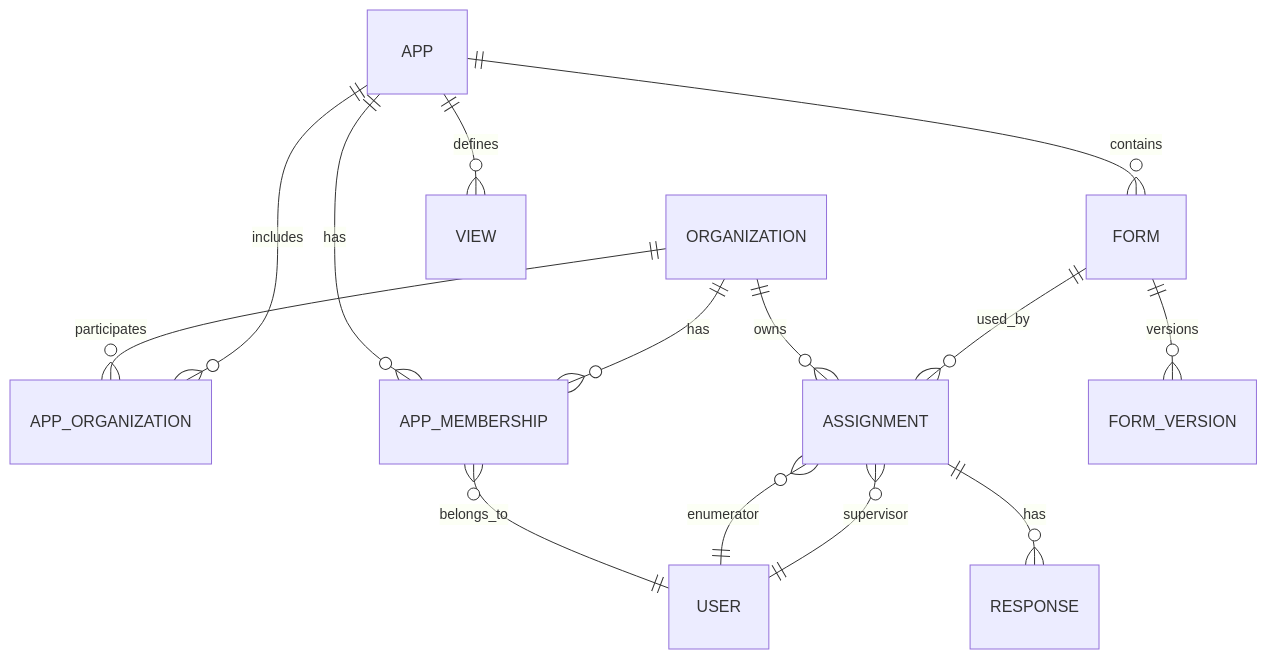
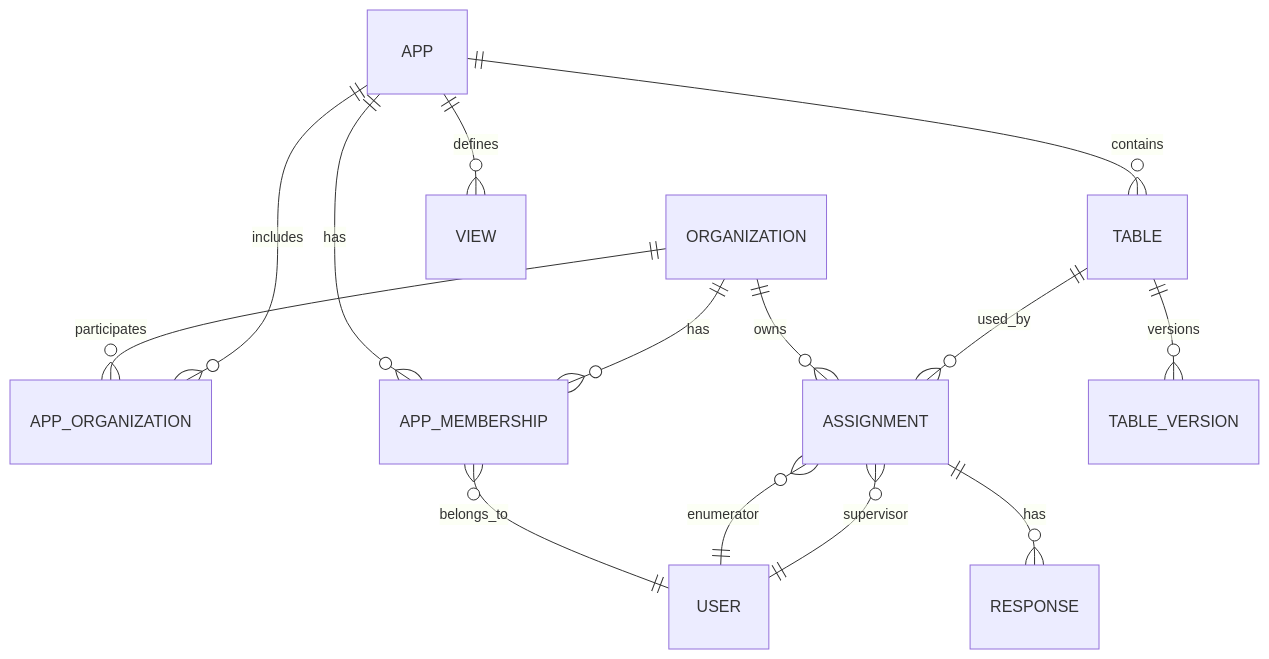
Before and after one commit to ihkaru/cerdas: the second of 6 diagrams in docs/FORM_EDITOR_WORKFLOW.md, drawn with Mermaid. The commit also changed other lines of this file and 264 other files, not shown here.

````diff
--- a/docs/FORM_EDITOR_WORKFLOW.md
+++ b/docs/FORM_EDITOR_WORKFLOW.md
@@ -78,21 +77,21 @@
 ```mermaid
 erDiagram
     ORGANIZATION ||--o{ APP_ORGANIZATION : participates
     APP ||--o{ APP_ORGANIZATION : includes
     
-    APP ||--o{ FORM : contains
+    APP ||--o{ TABLE : contains
     APP ||--o{ VIEW : defines
     APP ||--o{ APP_MEMBERSHIP : has
     
     ORGANIZATION ||--o{ APP_MEMBERSHIP : has
     ORGANIZATION ||--o{ ASSIGNMENT : owns
     
     APP_MEMBERSHIP }o--|| USER : belongs_to
     
-    FORM ||--o{ FORM_VERSION : versions
-    FORM ||--o{ ASSIGNMENT : used_by
+    TABLE ||--o{ TABLE_VERSION : versions
+    TABLE ||--o{ ASSIGNMENT : used_by
     
     ASSIGNMENT }o--|| USER : enumerator
     ASSIGNMENT }o--|| USER : supervisor
     ASSIGNMENT ||--o{ RESPONSE : has
 ```
````
